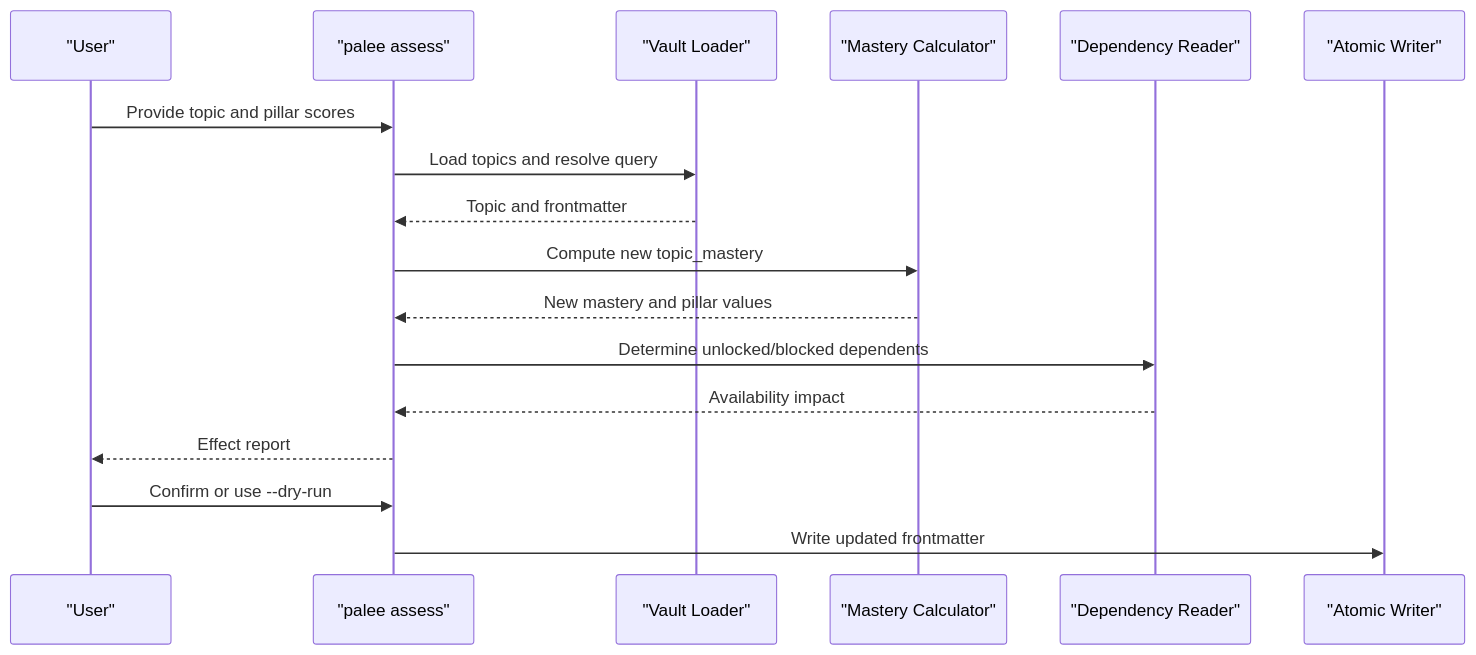
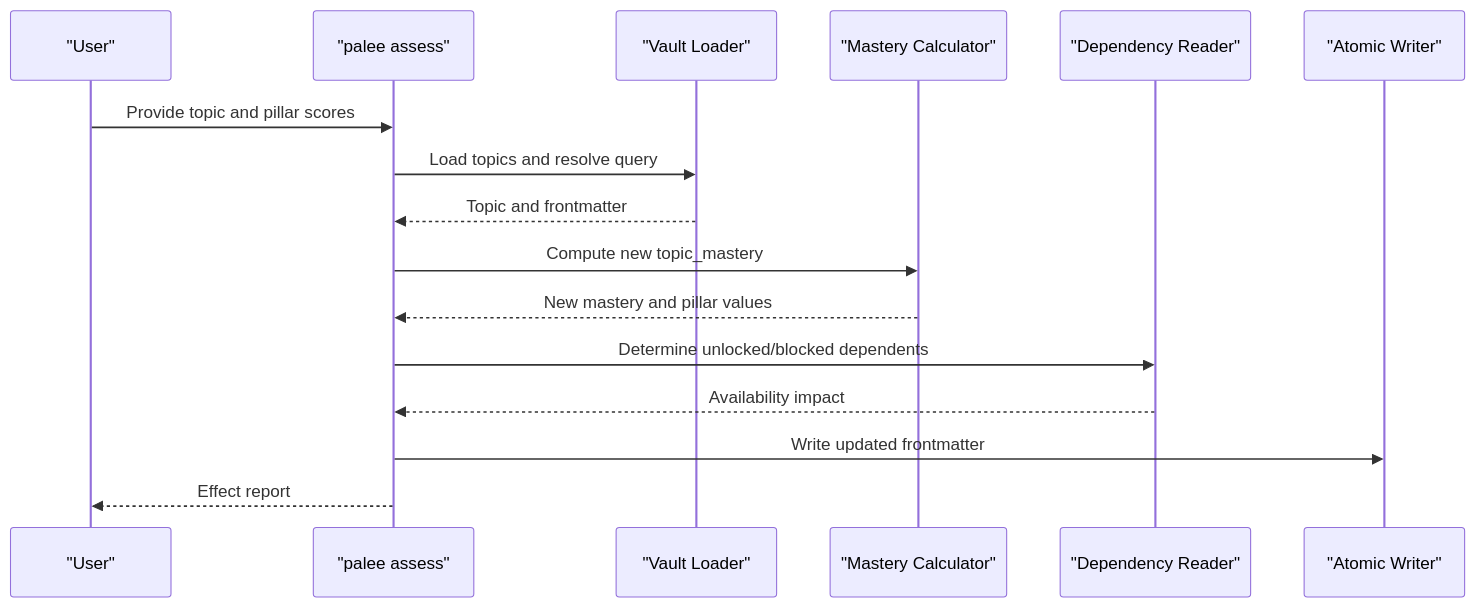
The ninth of 12 diagrams in User Guide/User Guide.md (Kuldeep2822k/palee-architecture), drawn with Mermaid before and after one commit. The commit also changed other lines of this file and 6 other files, not shown here.

Commit message:
docs(user-guide): fix SM-2 table, JSON filtering workflows and session flowcharts

````diff
--- a/User Guide/User Guide.md
+++ b/User Guide/User Guide.md
@@ -303,20 +303,19 @@
 ```mermaid
 sequenceDiagram
     participant User as "User"
     participant Assess as "palee assess"
     participant Storage as "Vault Loader"
     participant Mastery as "Mastery Calculator"
     participant Graph as "Dependency Reader"
     participant Store as "Atomic Writer"
 
     User->>Assess: Provide topic and pillar scores
     Assess->>Storage: Load topics and resolve query
     Storage-->>Assess: Topic and frontmatter
     Assess->>Mastery: Compute new topic_mastery
     Mastery-->>Assess: New mastery and pillar values
     Assess->>Graph: Determine unlocked/blocked dependents
     Graph-->>Assess: Availability impact
+    Assess->>Store: Write updated frontmatter
     Assess-->>User: Effect report
-    User->>Assess: Confirm or use --dry-run
-    Assess->>Store: Write updated frontmatter
 ```
````
